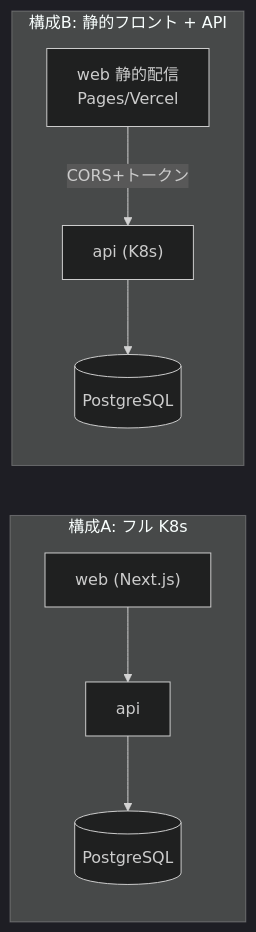
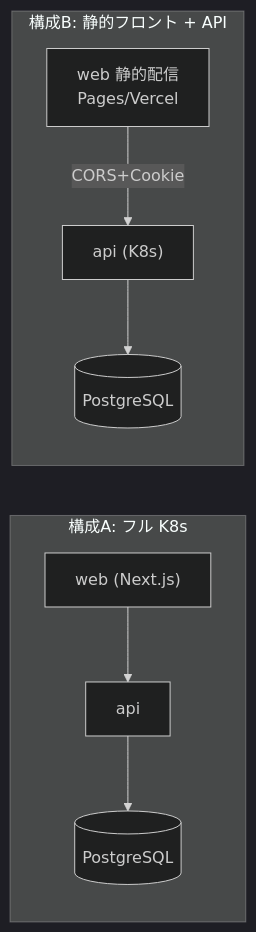
The third of 4 diagrams in docs/prd.md (kurotch-homelab/time-tracker), drawn with Mermaid (dark theme) before and after one commit. The commit also changed other lines of this file and 52 other files, not shown here.

````diff
--- a/docs/prd.md
+++ b/docs/prd.md
@@ -483,11 +580,11 @@
 ```mermaid
 graph LR
     subgraph A["構成A: フル K8s"]
         webA["web (Next.js)"] --> apiA["api"]
         apiA --> dbA[("PostgreSQL")]
     end
     subgraph B["構成B: 静的フロント + API"]
-        webB["web 静的配信<br/>Pages/Vercel"] -->|CORS+トークン| apiB["api (K8s)"]
+        webB["web 静的配信<br/>Pages/Vercel"] -->|CORS+Cookie| apiB["api (K8s)"]
         apiB --> dbB[("PostgreSQL")]
     end
 ```
````
